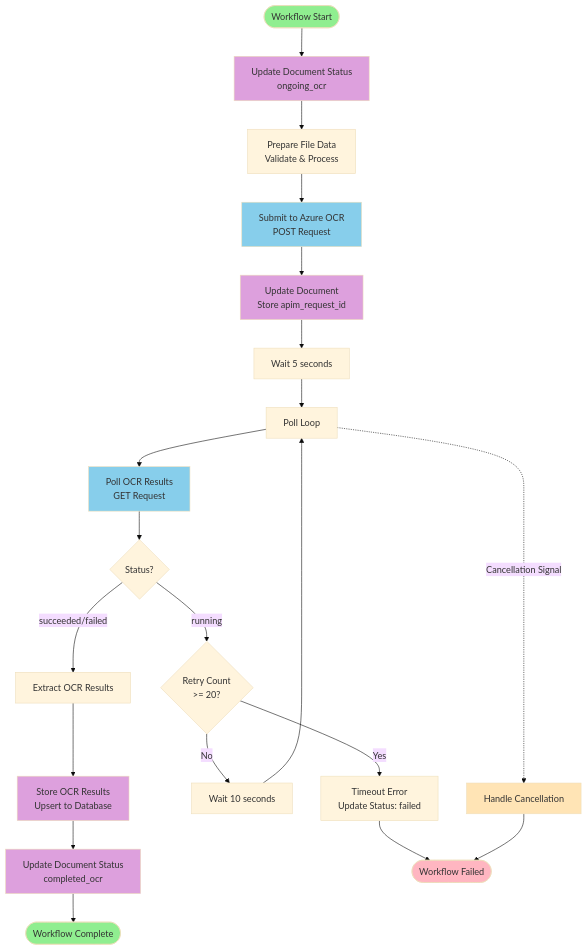
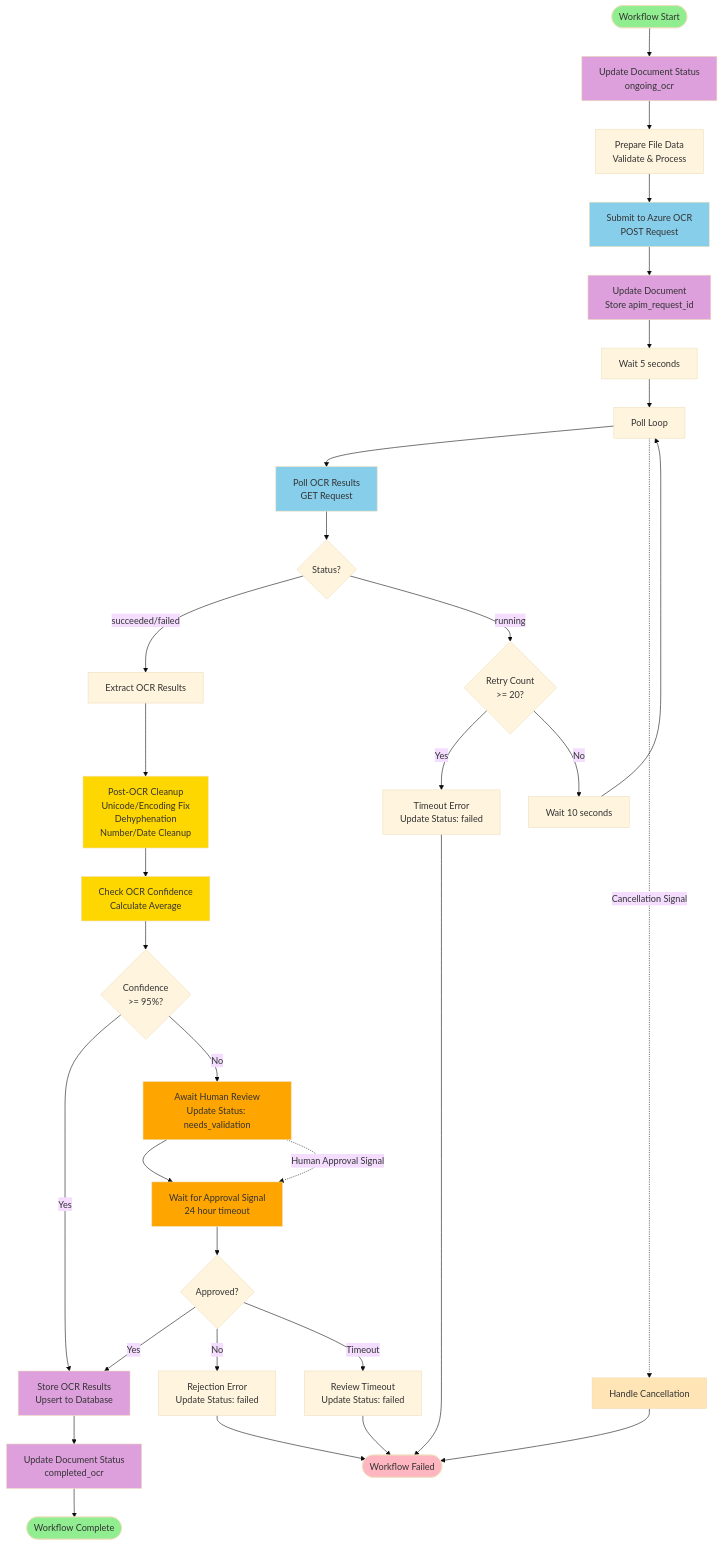
One commit to bcgov/ai-adoption-document-intelligence changed the second of 2 diagrams in apps/temporal/README.md. Above: the diagram before and after it, drawn with Mermaid (base theme). The commit also changed other lines of this file and 78 other files, not shown here.

First line of the commit message:
Refactor to shared Prisma schema and add workflow config support

````diff
--- a/apps/temporal/README.md
+++ b/apps/temporal/README.md
@@ -226,39 +244,59 @@
 ```mermaid
 flowchart TD
     Start([Workflow Start]) --> UpdateStatus1[Update Document Status<br/>ongoing_ocr]
     UpdateStatus1 --> PrepareFile[Prepare File Data<br/>Validate & Process]
     PrepareFile --> SubmitOCR[Submit to Azure OCR<br/>POST Request]
     SubmitOCR --> UpdateStatus2[Update Document<br/>Store apim_request_id]
     UpdateStatus2 --> Wait[Wait 5 seconds]
 
     Wait --> PollLoop[Poll Loop]
     PollLoop --> Poll[Poll OCR Results<br/>GET Request]
     Poll --> CheckStatus{Status?}
 
     CheckStatus -->|succeeded/failed| ExtractResults[Extract OCR Results]
     CheckStatus -->|running| CheckRetries{Retry Count<br/>>= 20?}
 
     CheckRetries -->|Yes| Timeout[Timeout Error<br/>Update Status: failed]
     CheckRetries -->|No| Wait10[Wait 10 seconds]
     Wait10 --> PollLoop
 
-    ExtractResults --> StoreResults[Store OCR Results<br/>Upsert to Database]
+    ExtractResults --> Cleanup[Post-OCR Cleanup<br/>Unicode/Encoding Fix<br/>Dehyphenation<br/>Number/Date Cleanup]
+    Cleanup --> CheckConfidence[Check OCR Confidence<br/>Calculate Average]
+    CheckConfidence --> ConfidenceCheck{Confidence<br/>>= 95%?}
+
+    ConfidenceCheck -->|Yes| StoreResults[Store OCR Results<br/>Upsert to Database]
+    ConfidenceCheck -->|No| HumanReview[Await Human Review<br/>Update Status: needs_validation]
+    
+    HumanReview --> WaitApproval[Wait for Approval Signal<br/>24 hour timeout]
+    WaitApproval --> ApprovalCheck{Approved?}
+    
+    ApprovalCheck -->|Yes| StoreResults
+    ApprovalCheck -->|No| Rejected[Rejection Error<br/>Update Status: failed]
+    ApprovalCheck -->|Timeout| TimeoutReview[Review Timeout<br/>Update Status: failed]
+
     StoreResults --> UpdateStatus3[Update Document Status<br/>completed_ocr]
     UpdateStatus3 --> End([Workflow Complete])
 
     Timeout --> EndError([Workflow Failed])
+    Rejected --> EndError
+    TimeoutReview --> EndError
 
     PollLoop -.->|Cancellation Signal| Cancel[Handle Cancellation]
     Cancel --> EndError
+    HumanReview -.->|Human Approval Signal| WaitApproval
 
     style Start fill:#90EE90
     style End fill:#90EE90
     style EndError fill:#FFB6C1
     style Poll fill:#87CEEB
     style SubmitOCR fill:#87CEEB
+    style Cleanup fill:#FFD700
+    style CheckConfidence fill:#FFD700
+    style HumanReview fill:#FFA500
+    style WaitApproval fill:#FFA500
     style UpdateStatus1 fill:#DDA0DD
     style UpdateStatus2 fill:#DDA0DD
     style UpdateStatus3 fill:#DDA0DD
     style StoreResults fill:#DDA0DD
     style Cancel fill:#FFE4B5
 ```
````
